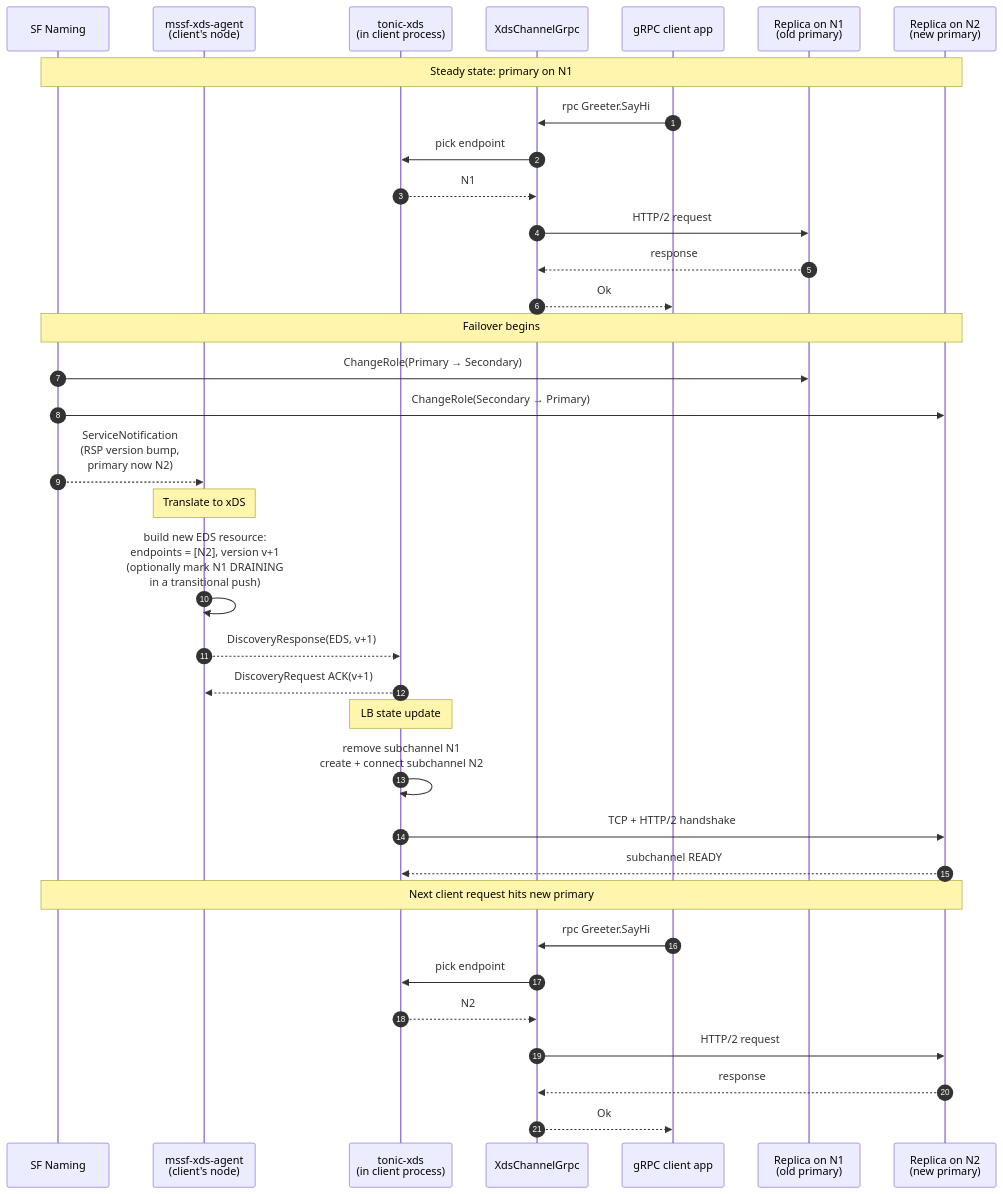
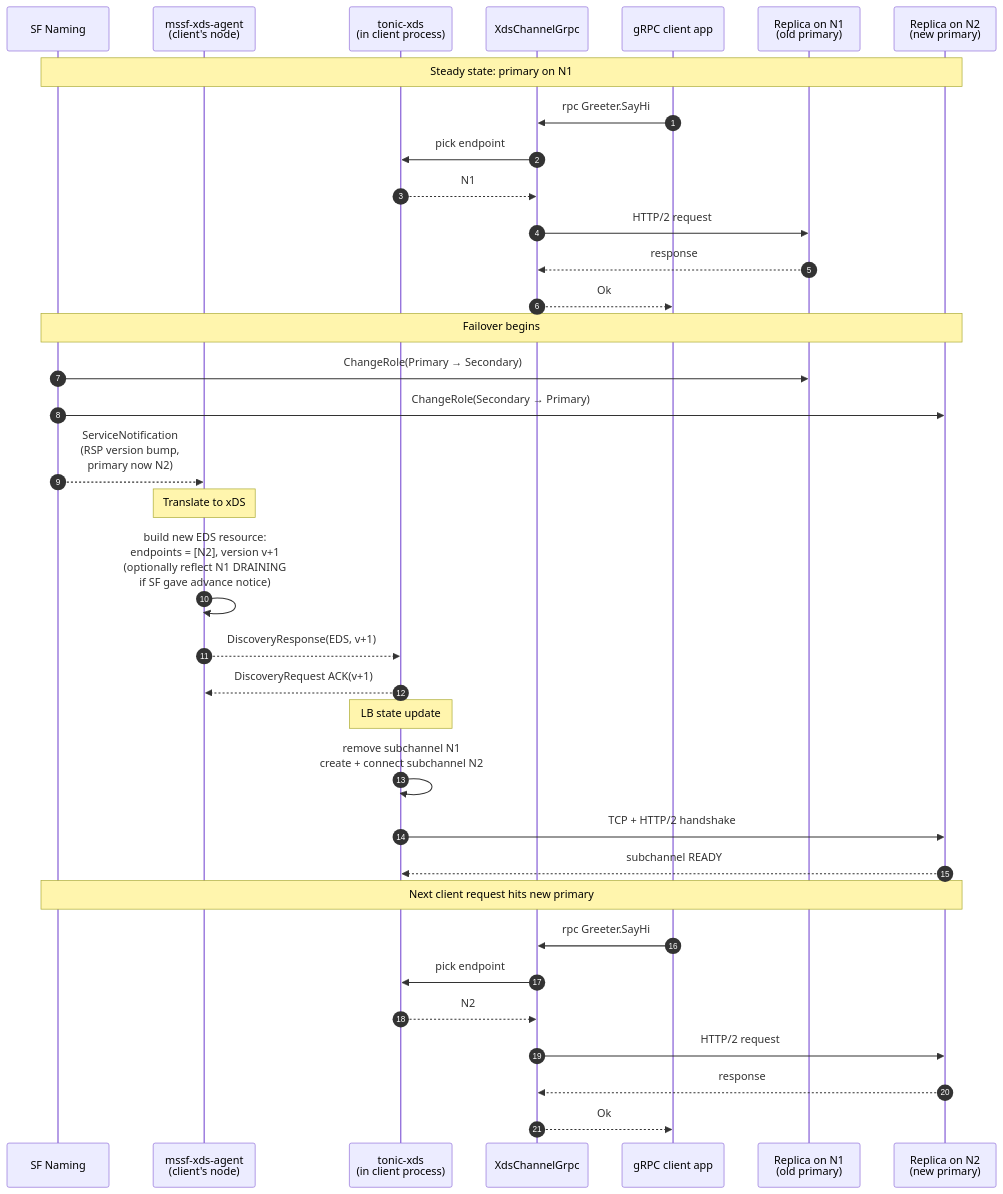
One commit to Azure/service-fabric-rs changed the second of 2 diagrams in docs/proposal/GrpcXds.md. Above: the diagram before and after it, drawn with Mermaid. The commit also changed other lines of this file and 3 other files, not shown here.

````diff
--- a/docs/proposal/GrpcXds.md
+++ b/docs/proposal/GrpcXds.md
@@ -589,42 +899,42 @@
 ```mermaid
 sequenceDiagram
     autonumber
     participant SF as SF Naming
     participant Agent as mssf-xds-agent<br/>(client's node)
     participant Xds as tonic-xds<br/>(in client process)
     participant Chan as XdsChannelGrpc
     participant App as gRPC client app
     participant N1 as Replica on N1<br/>(old primary)
     participant N2 as Replica on N2<br/>(new primary)
 
     Note over SF,N2: Steady state: primary on N1
     App->>Chan: rpc Greeter.SayHi
     Chan->>Xds: pick endpoint
     Xds-->>Chan: N1
     Chan->>N1: HTTP/2 request
     N1-->>Chan: response
     Chan-->>App: Ok
 
     Note over SF,N2: Failover begins
     SF->>N1: ChangeRole(Primary → Secondary)
     SF->>N2: ChangeRole(Secondary → Primary)
     SF-->>Agent: ServiceNotification<br/>(RSP version bump,<br/> primary now N2)
 
     Note over Agent: Translate to xDS
-    Agent->>Agent: build new EDS resource:<br/>endpoints = [N2], version v+1<br/>(optionally mark N1 DRAINING<br/> in a transitional push)
+    Agent->>Agent: build new EDS resource:<br/>endpoints = [N2], version v+1<br/>(optionally reflect N1 DRAINING<br/> if SF gave advance notice)
     Agent-->>Xds: DiscoveryResponse(EDS, v+1)
     Xds-->>Agent: DiscoveryRequest ACK(v+1)
 
     Note over Xds: LB state update
     Xds->>Xds: remove subchannel N1<br/>create + connect subchannel N2
     Xds->>N2: TCP + HTTP/2 handshake
     N2-->>Xds: subchannel READY
 
     Note over SF,N2: Next client request hits new primary
     App->>Chan: rpc Greeter.SayHi
     Chan->>Xds: pick endpoint
     Xds-->>Chan: N2
     Chan->>N2: HTTP/2 request
     N2-->>Chan: response
     Chan-->>App: Ok
 ```
````
